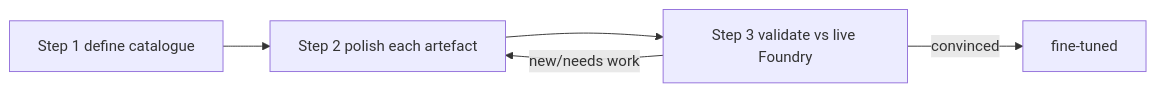
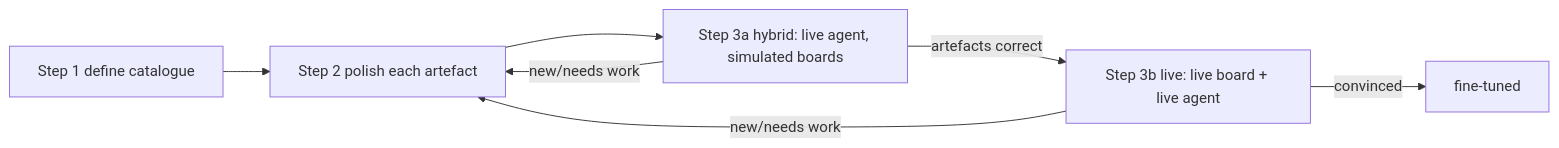
One commit to urruegg/SwissHospitalCapacityPlatform changed the diagram in docs/superpowers/plans/2026-07-26-sprint-27-copilot-chat-patterns-plan.md. Above: the diagram before and after it, drawn with Mermaid. The commit also changed other lines of this file, not shown here.

First line of the commit message:
docs(plan): split Step 3 live verification into 3a hybrid + 3b live

````diff
--- a/docs/superpowers/plans/2026-07-26-sprint-27-copilot-chat-patterns-plan.md
+++ b/docs/superpowers/plans/2026-07-26-sprint-27-copilot-chat-patterns-plan.md
@@ -122,7 +163,9 @@
 ```mermaid
 flowchart LR
   S1[Step 1 define catalogue] --> S2[Step 2 polish each artefact]
-  S2 --> S3[Step 3 validate vs live Foundry]
-  S3 -->|convinced| DONE[fine-tuned]
-  S3 -->|new/needs work| S2
+  S2 --> S3a[Step 3a hybrid: live agent, simulated boards]
+  S3a -->|artefacts correct| S3b[Step 3b live: live board + live agent]
+  S3a -->|new/needs work| S2
+  S3b -->|convinced| DONE[fine-tuned]
+  S3b -->|new/needs work| S2
 ```
````
